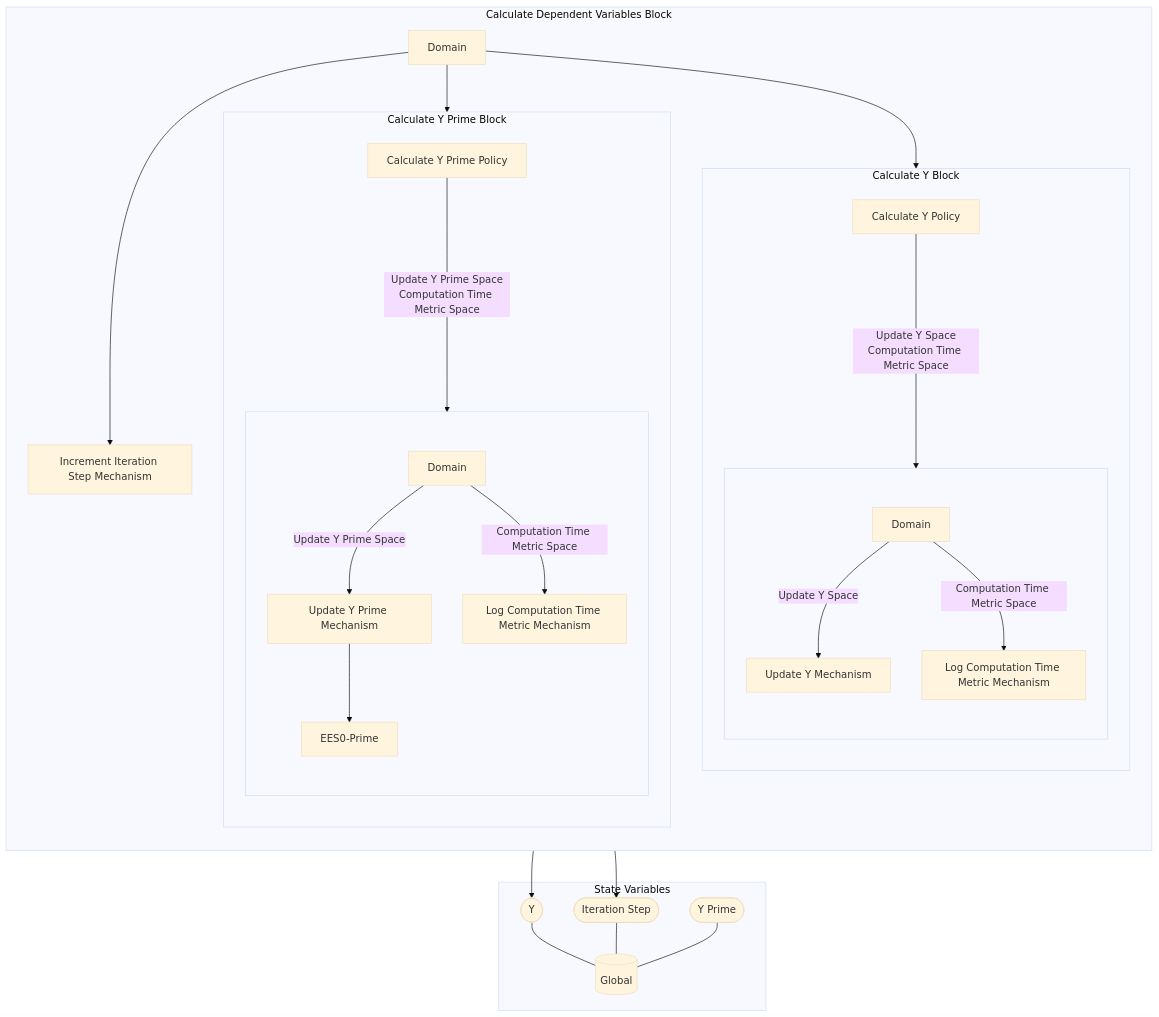
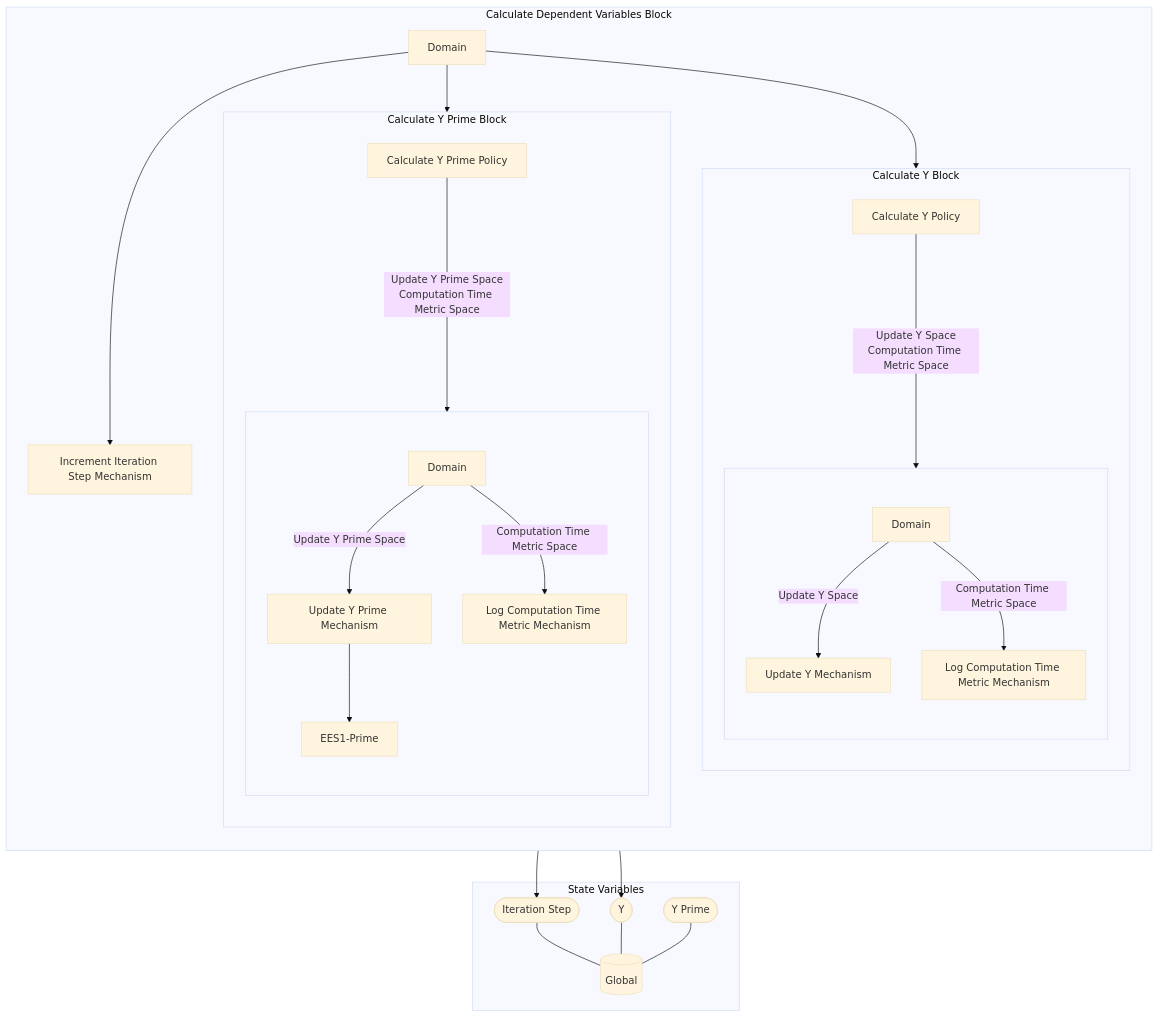
The diagram in MSML/reports/Markdown/Wiring/Calculate Dependent Variables Block.md (SeanMcOwen/Root-Finding-Simulation), drawn with Mermaid (base theme) before and after one commit. The commit also changed other lines of this file and 17 other files, not shown here.

````diff
--- a/MSML/reports/Markdown/Wiring/Calculate Dependent Variables Block.md
+++ b/MSML/reports/Markdown/Wiring/Calculate Dependent Variables Block.md
@@ -3,62 +3,62 @@
 ```mermaid
 graph TB
 
 subgraph SVS["State Variables"]
 EE0[("Global")]
-EES0(["Y"])
+EES0(["Iteration Step"])
 EES0 --- EE0
-EES1(["Iteration Step"])
+EES1(["Y"])
 EES1 --- EE0
 EES2(["Y Prime"])
 EES2 --- EE0
 end
 
 subgraph X18["Calculate Dependent Variables Block"]
 direction TB
 subgraph X7["Calculate Y Block"]
 direction TB
 X1["Calculate Y Policy"]
 subgraph X6[" "]
 direction TB
 X2["Update Y Mechanism"]
-X2 --> EES0
+X2 --> EES1
 X3["Log Computation Time Metric Mechanism"]
 X4[Domain]
 
 direction LR
 direction TB
 X4 --"Update Y Space"--> X2
 X4 --"Computation Time Metric Space"--> X3
 end
 X1--"Update Y Space
 Computation Time Metric Space"---->X6
 end
 subgraph X14["Calculate Y Prime Block"]
 direction TB
 X8["Calculate Y Prime Policy"]
 subgraph X13[" "]
 direction TB
 X9["Update Y Prime Mechanism"]
-X9 --> EES0-Prime
+X9 --> EES1-Prime
 X10["Log Computation Time Metric Mechanism"]
 X11[Domain]
 
 direction LR
 direction TB
 X11 --"Update Y Prime Space"--> X9
 X11 --"Computation Time Metric Space"--> X10
 end
 X8--"Update Y Prime Space
 Computation Time Metric Space"---->X13
 end
 X15["Increment Iteration Step Mechanism"]
-X15 --> EES1
+X15 --> EES0
 X16[Domain]
 
 direction LR
 direction TB
 X16 --> X7
 X16 --> X14
 X16 --> X15
 end
 ```
````
